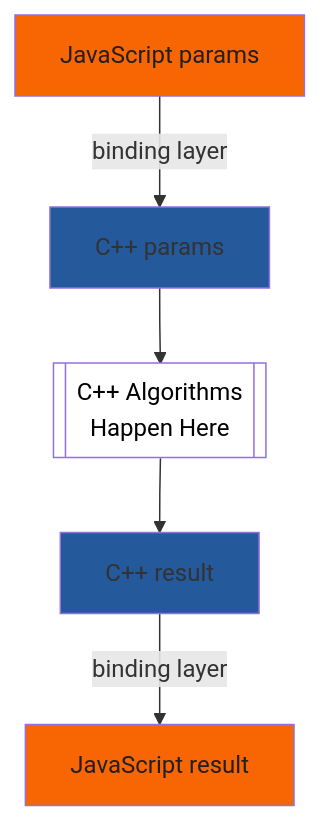
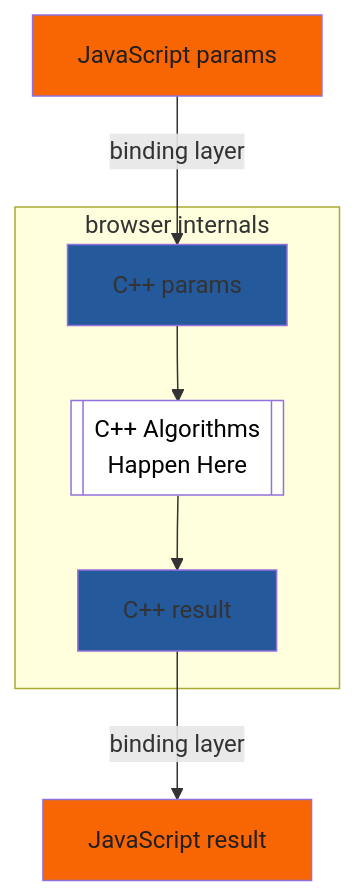
One commit to dlaliberte/bikeshed-intro changed the first of 2 diagrams in index.md. Above: the diagram before and after it, drawn with Mermaid. The commit also changed other lines of this file, not shown here.

````diff
--- a/index.md
+++ b/index.md
@@ -172,14 +132,16 @@
 ```mermaid
 graph TD;
     A[JavaScript params] --> |binding layer| B;
+    subgraph browser internals
      B[C++ params] --> C;
       C[[C++ Algorithms\n Happen Here]]-->D;
+     end
      D[C++ result] --> |binding layer| E;
     E[JavaScript result];
     classDef JavaScript fill:#F76602,color:#231F20
     class A,E JavaScript
     classDef CppAlgorithms fill:white,color:black
     class C CppAlgorithms
     classDef Cpp fill:#24599C
     class B,D Cpp
 ```
````
